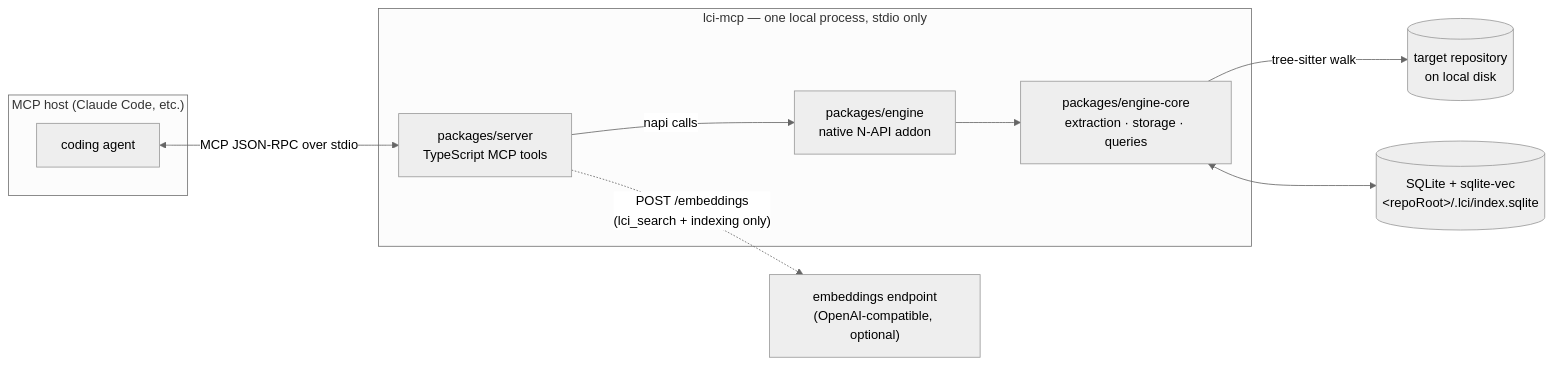
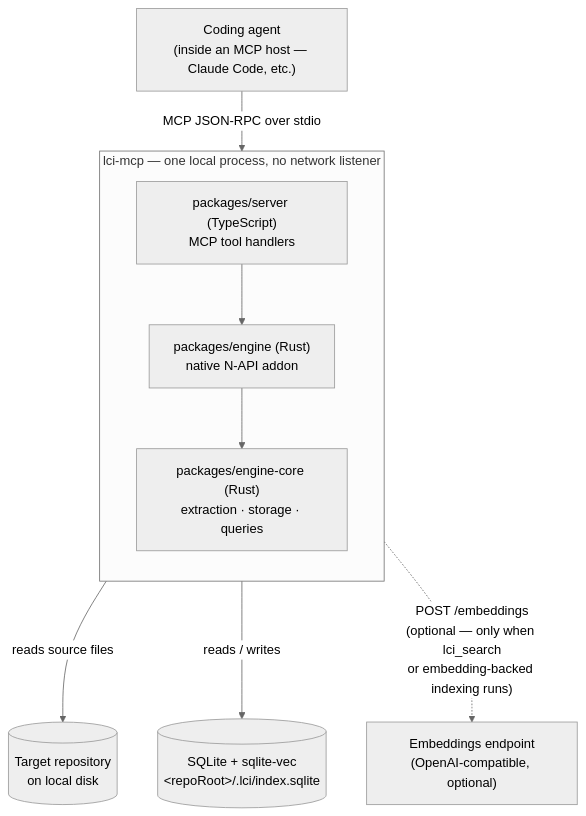
One commit to ADORSYS-GIS/lci-mcp changed the first of 2 diagrams in README.md. Above: the diagram before and after it, drawn with Mermaid (neutral theme). The commit also changed other lines of this file, not shown here.

First line of the commit message:
docs: redraw both README diagrams as clean top-down flowcharts

````diff
--- a/README.md
+++ b/README.md
@@ -26,22 +26,17 @@
 ```mermaid
-flowchart LR
-    subgraph host["MCP host (Claude Code, etc.)"]
-        AGENT["coding agent"]
+flowchart TD
+    AGENT["Coding agent<br/>(inside an MCP host — Claude Code, etc.)"]
+    AGENT -->|"MCP JSON-RPC over stdio"| SRV
+
+    subgraph PROC["lci-mcp — one local process, no network listener"]
+        direction TB
+        SRV["packages/server (TypeScript)<br/>MCP tool handlers"]
+        ENG["packages/engine (Rust)<br/>native N-API addon"]
+        CORE["packages/engine-core (Rust)<br/>extraction · storage · queries"]
+        SRV --> ENG --> CORE
     end
 
-    subgraph proc["lci-mcp — one local process, stdio only"]
-        SRV["packages/server<br/>TypeScript MCP tools"]
-        ENG["packages/engine<br/>native N-API addon"]
-        CORE["packages/engine-core<br/>extraction · storage · queries"]
-        SRV -->|"napi calls"| ENG --> CORE
-    end
-
-    DB[("SQLite + sqlite-vec<br/>&lt;repoRoot&gt;/.lci/index.sqlite")]
-    REPO[("target repository<br/>on local disk")]
-    EMB["embeddings endpoint<br/>(OpenAI-compatible, optional)"]
-
-    AGENT <-->|"MCP JSON-RPC over stdio"| SRV
-    CORE -->|"tree-sitter walk"| REPO
-    CORE <--> DB
-    SRV -.->|"POST /embeddings<br/>(lci_search + indexing only)"| EMB
+    CORE -->|"reads source files"| REPO[("Target repository<br/>on local disk")]
+    CORE -->|"reads / writes"| DB[("SQLite + sqlite-vec<br/>&lt;repoRoot&gt;/.lci/index.sqlite")]
+    SRV -.->|"POST /embeddings<br/>(optional — only when lci_search<br/>or embedding-backed indexing runs)"| EMB["Embeddings endpoint<br/>(OpenAI-compatible, optional)"]
 ```
````
